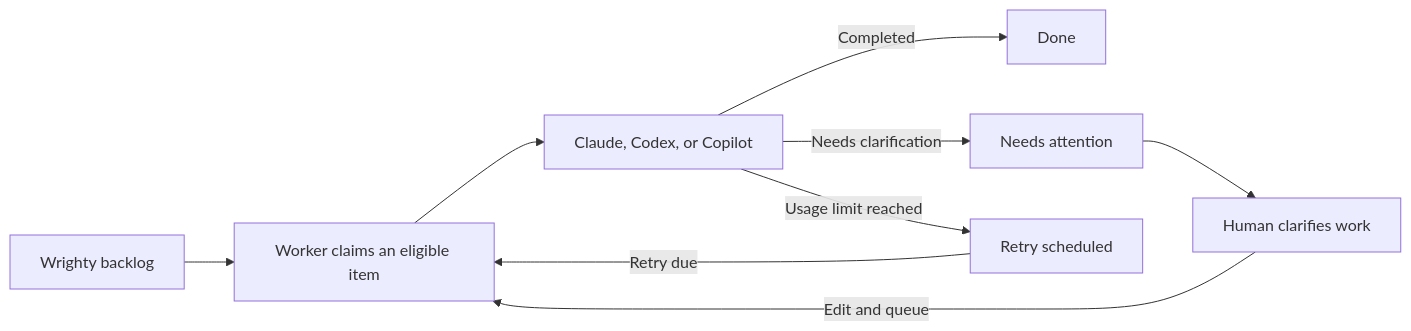
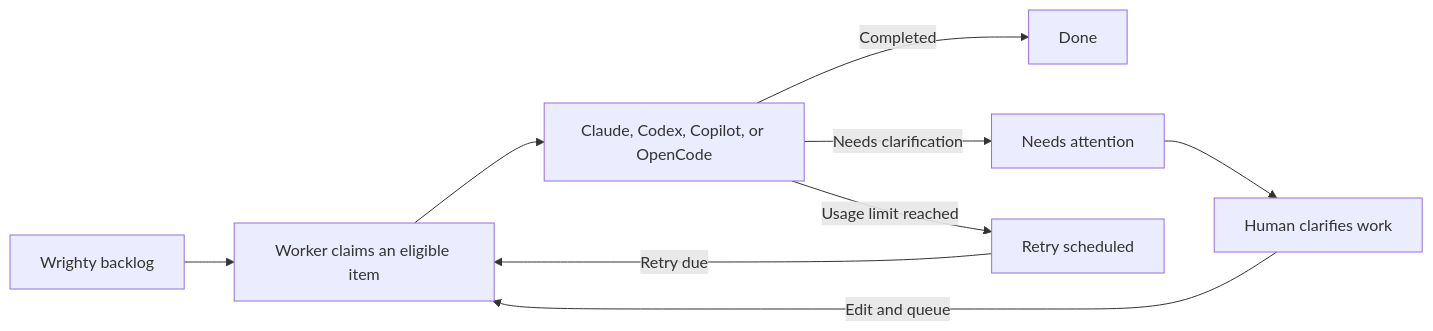
One commit to highbyte/wrighty changed the second of 2 diagrams in README.md. Above: the diagram before and after it, drawn with Mermaid. The commit also changed other lines of this file and 115 other files, not shown here.

First line of the commit message:
Add OpenCode support and agent skill maintenance (#131)

````diff
--- a/README.md
+++ b/README.md
@@ -212,11 +212,11 @@
 ```mermaid
 flowchart LR
     Backlog["Wrighty backlog"] --> Worker["Worker claims an eligible item"]
-    Worker --> Agent["Claude, Codex, or Copilot"]
+    Worker --> Agent["Claude, Codex, Copilot, or OpenCode"]
     Agent -->|Completed| Done["Done"]
     Agent -->|Needs clarification| Attention["Needs attention"]
     Agent -->|Usage limit reached| Retry["Retry scheduled"]
     Retry -->|Retry due| Worker
     Attention --> Human["Human clarifies work"]
     Human -->|Edit and queue| Worker
 ```
````
